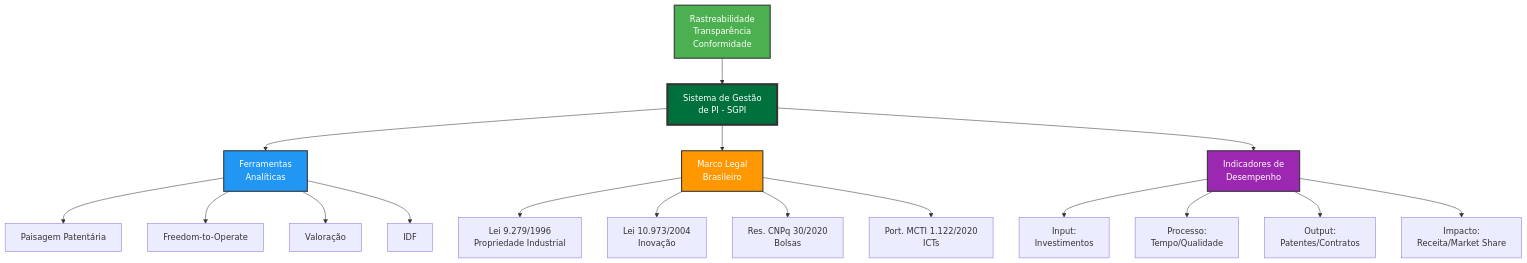
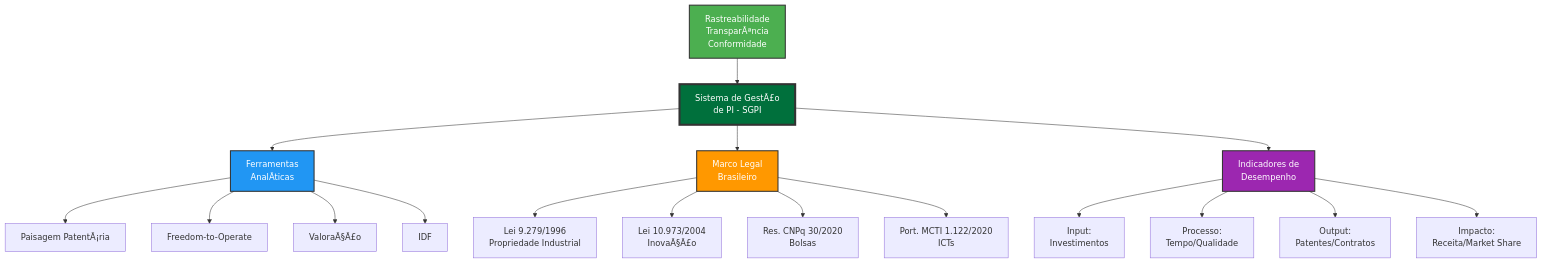
Before and after one commit to ldvsantos/cv: diagram 11 of 11 in aulas/ciencia_pi/SLIDES_QUARTO/Tema 05 - Gestao de Projetos inovacao/tema05_apresentacao/tema05_apresentacao.qmd, drawn with Mermaid. The commit also changed other lines of this file and 466 other files, not shown here.

````diff
--- a/aulas/ciencia_pi/SLIDES_QUARTO/Tema 05 - Gestao de Projetos inovacao/tema05_apresentacao/tema05_apresentacao.qmd
+++ b/aulas/ciencia_pi/SLIDES_QUARTO/Tema 05 - Gestao de Projetos inovacao/tema05_apresentacao/tema05_apresentacao.qmd
@@ -1409,37 +1408,37 @@
 ```{mermaid}
 %%| fig-width: 12
 %%| fig-height: 7
 graph TB
-    A[Sistema de Gestão<br/>de PI - SGPI]
+    A[Sistema de GestÃ£o<br/>de PI - SGPI]
     
-    B[Ferramentas<br/>Analíticas]
+    B[Ferramentas<br/>AnalÃ­ticas]
     C[Marco Legal<br/>Brasileiro]
     D[Indicadores de<br/>Desempenho]
     
     A --> B
     A --> C
     A --> D
     
-    B --> B1[Paisagem Patentária]
+    B --> B1[Paisagem PatentÃ¡ria]
     B --> B2[Freedom-to-Operate]
-    B --> B3[Valoração]
+    B --> B3[ValoraÃ§Ã£o]
     B --> B4[IDF]
     
     C --> C1[Lei 9.279/1996<br/>Propriedade Industrial]
-    C --> C2[Lei 10.973/2004<br/>Inovação]
+    C --> C2[Lei 10.973/2004<br/>InovaÃ§Ã£o]
     C --> C3[Res. CNPq 30/2020<br/>Bolsas]
     C --> C4[Port. MCTI 1.122/2020<br/>ICTs]
     
     D --> D1[Input:<br/>Investimentos]
     D --> D2[Processo:<br/>Tempo/Qualidade]
     D --> D3[Output:<br/>Patentes/Contratos]
     D --> D4[Impacto:<br/>Receita/Market Share]
     
-    E[Rastreabilidade<br/>Transparência<br/>Conformidade] --> A
+    E[Rastreabilidade<br/>TransparÃªncia<br/>Conformidade] --> A
     
     style A fill:#00703C,stroke:#333,stroke-width:4px,color:#fff
     style B fill:#2196F3,stroke:#333,stroke-width:2px,color:#fff
     style C fill:#FF9800,stroke:#333,stroke-width:2px,color:#fff
     style D fill:#9C27B0,stroke:#333,stroke-width:2px,color:#fff
     style E fill:#4CAF50,stroke:#333,stroke-width:2px,color:#fff
 ```
````
